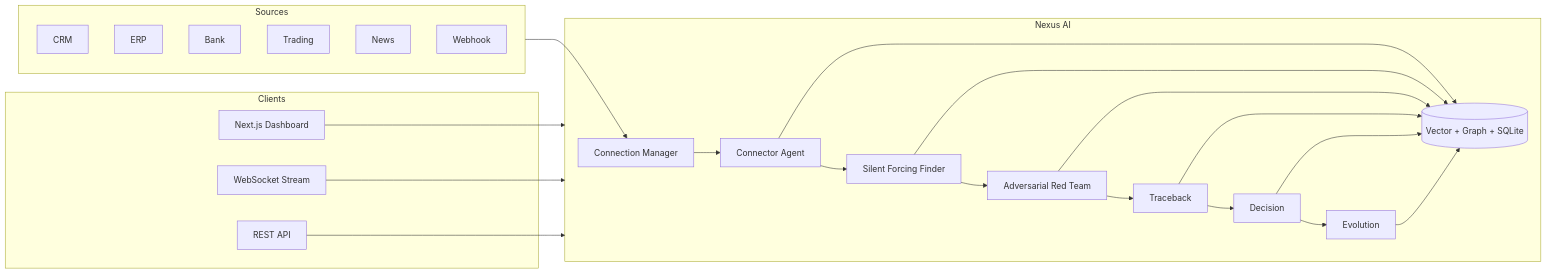
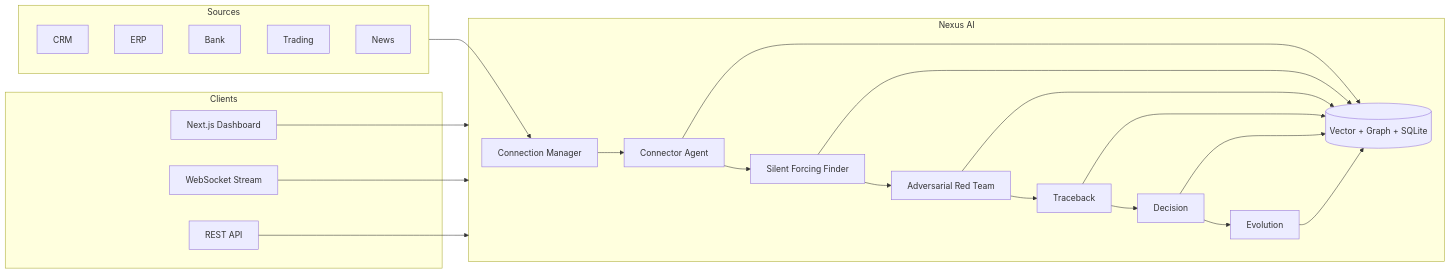
The diagram in README.md (haseeb099/Fluf37), drawn with Mermaid before and after one commit. The commit also changed other lines of this file and 119 other files, not shown here.

````diff
--- a/README.md
+++ b/README.md
@@ -113,34 +87,33 @@
 ```mermaid
 flowchart LR
   subgraph sources [Sources]
     CRM[CRM]
     ERP[ERP]
     Bank[Bank]
     Trade[Trading]
     News[News]
-    WH[Webhook]
   end
 
   subgraph platform [Nexus AI]
     CM[Connection Manager]
     CA[Connector Agent]
     SF[Silent Forcing Finder]
     AR[Adversarial Red Team]
     TB[Traceback]
     DA[Decision]
     EV[Evolution]
     MEM[(Vector + Graph + SQLite)]
   end
 
   subgraph clients [Clients]
     UI[Next.js Dashboard]
     WS[WebSocket Stream]
     API[REST API]
   end
 
   sources --> CM
   CM --> CA
   CA --> SF --> AR --> TB --> DA --> EV
   CA & SF & AR & TB & DA & EV --> MEM
   UI & WS & API --> platform
 ```
````
